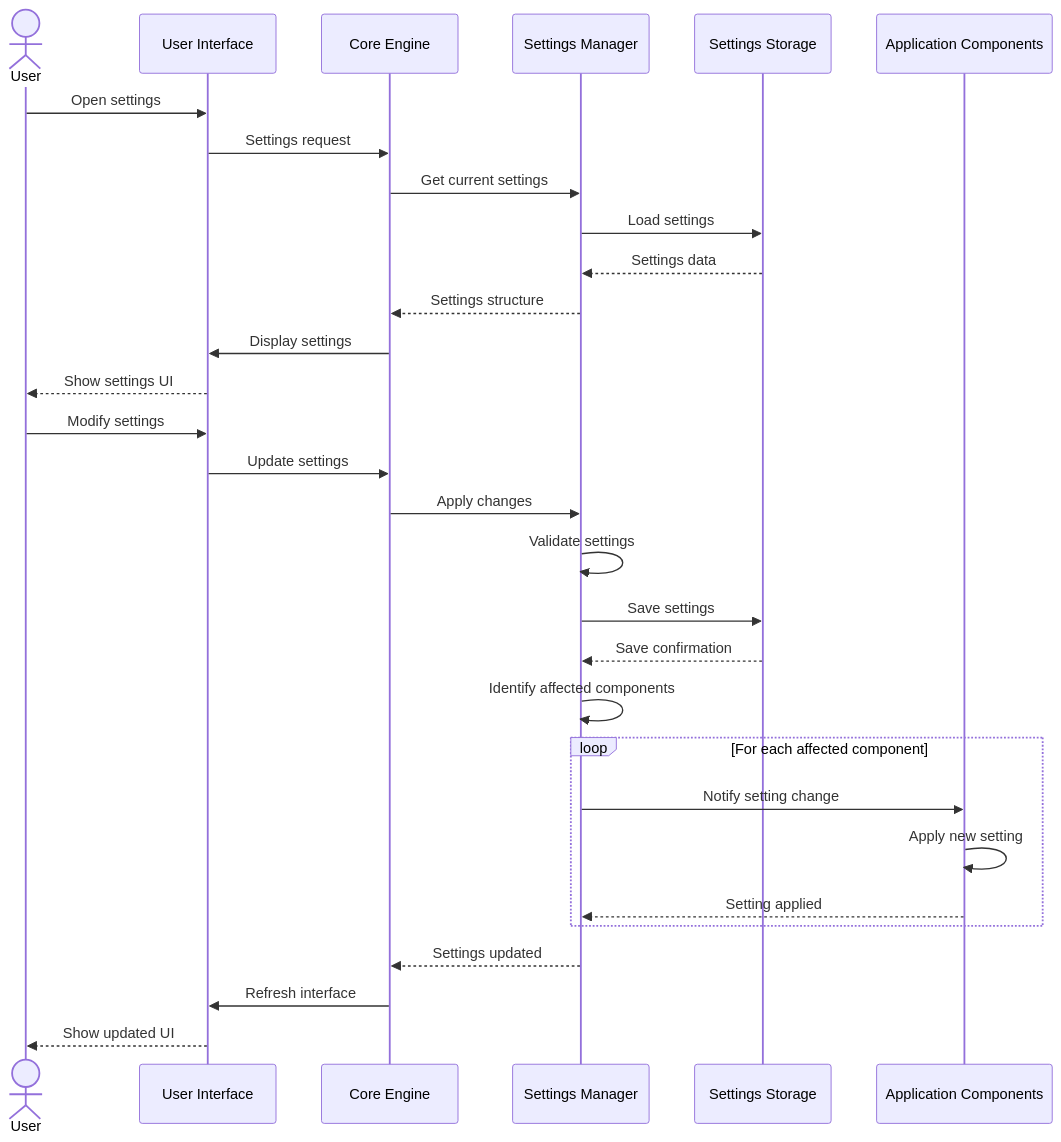
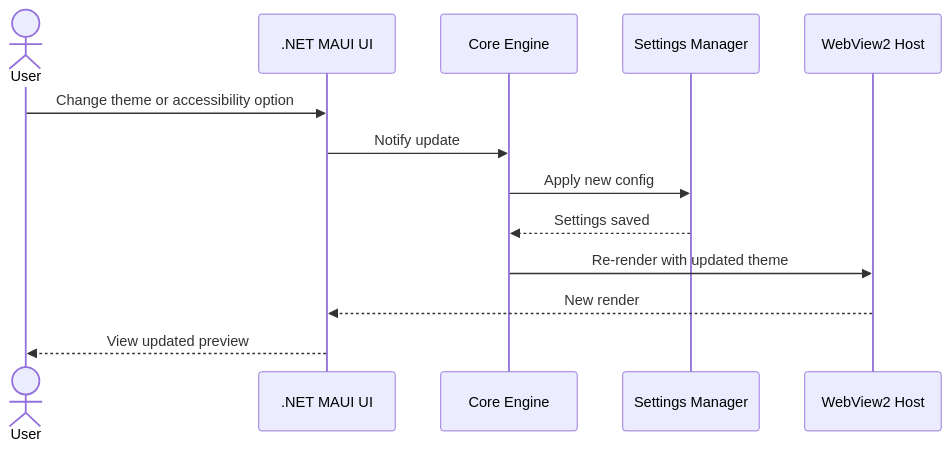
The fifth of 5 diagrams in MarkDocViewer/markdocviewer-process-flows.md (Cadtastic/MarkDocSuite), drawn with Mermaid before and after one commit. The commit also changed other lines of this file and 26 other files, not shown here.

````diff
--- a/MarkDocViewer/markdocviewer-process-flows.md
+++ b/MarkDocViewer/markdocviewer-process-flows.md
@@ -536,37 +99,16 @@
 ```mermaid
 sequenceDiagram
     actor User
-    participant UI as User Interface
+    participant UI as .NET MAUI UI
     participant Core as Core Engine
-    participant SM as Settings Manager
-    participant Storage as Settings Storage
-    participant App as Application Components
-    
-    User->>UI: Open settings
-    UI->>Core: Settings request
-    Core->>SM: Get current settings
-    SM->>Storage: Load settings
-    Storage-->>SM: Settings data
-    SM-->>Core: Settings structure
-    Core->>UI: Display settings
-    UI-->>User: Show settings UI
-    
-    User->>UI: Modify settings
-    UI->>Core: Update settings
-    Core->>SM: Apply changes
-    SM->>SM: Validate settings
-    SM->>Storage: Save settings
-    Storage-->>SM: Save confirmation
-    
-    SM->>SM: Identify affected components
-    
-    loop For each affected component
-        SM->>App: Notify setting change
-        App->>App: Apply new setting
-        App-->>SM: Setting applied
-    end
-    
-    SM-->>Core: Settings updated
-    Core->>UI: Refresh interface
-    UI-->>User: Show updated UI
+    participant Settings as Settings Manager
+    participant WebView as WebView2 Host
+
+    User->>UI: Change theme or accessibility option
+    UI->>Core: Notify update
+    Core->>Settings: Apply new config
+    Settings-->>Core: Settings saved
+    Core->>WebView: Re-render with updated theme
+    WebView-->>UI: New render
+    UI-->>User: View updated preview
 ```
````
